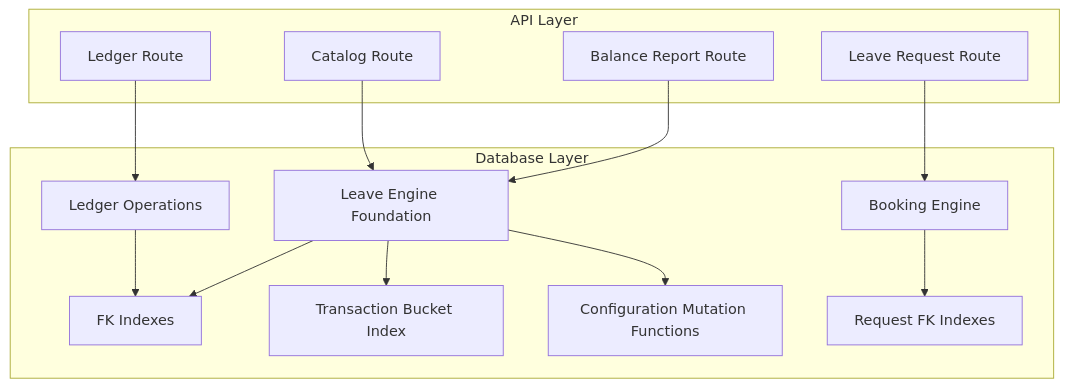
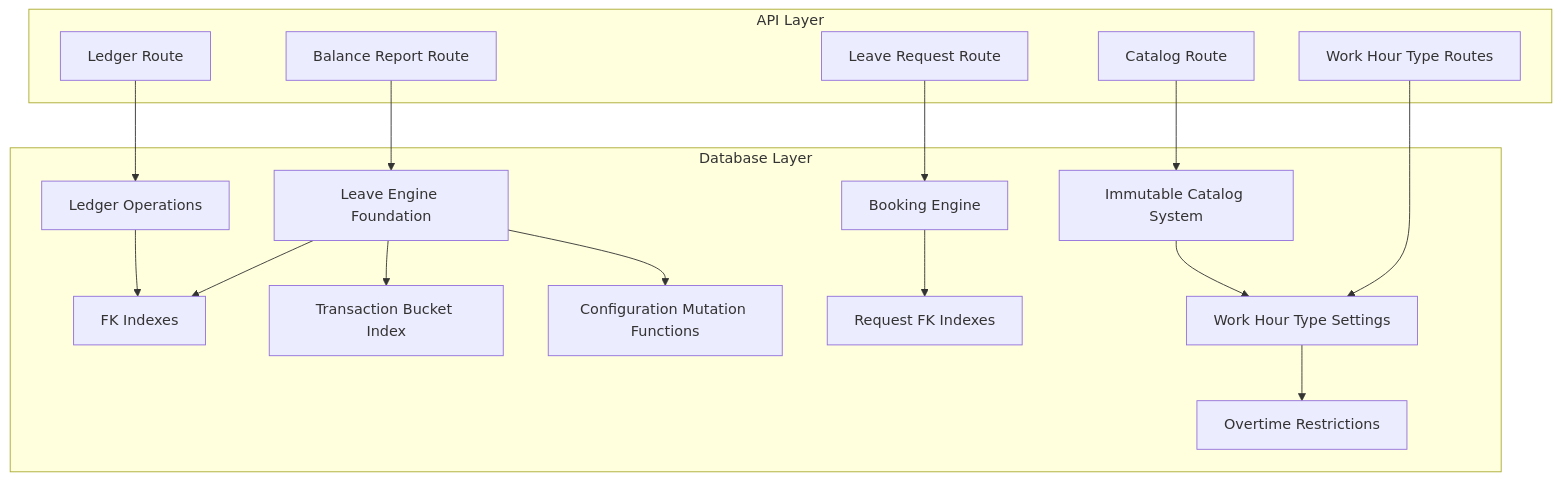
The first of 7 diagrams in .qoder/repowiki/en/content/Database Schema/Advanced Features Tables/Leave Management Tables.md (EdwinCycling/LiquidHR), drawn with Mermaid before and after one commit. The commit also changed other lines of this file and 120 other files, not shown here.

````diff
--- a/.qoder/repowiki/en/content/Database Schema/Advanced Features Tables/Leave Management Tables.md
+++ b/.qoder/repowiki/en/content/Database Schema/Advanced Features Tables/Leave Management Tables.md
@@ -40,27 +51,34 @@
 ```mermaid
 graph TB
 subgraph "API Layer"
 A["Leave Request Route"]
 B["Balance Report Route"]
 C["Catalog Route"]
 D["Ledger Route"]
+E["Work Hour Type Routes"]
 end
 subgraph "Database Layer"
-E["Leave Engine Foundation"]
-F["FK Indexes"]
-G["Transaction Bucket Index"]
-H["Configuration Mutation Functions"]
-I["Booking Engine"]
-J["Request FK Indexes"]
-K["Ledger Operations"]
+F["Leave Engine Foundation"]
+G["FK Indexes"]
+H["Transaction Bucket Index"]
+I["Configuration Mutation Functions"]
+J["Booking Engine"]
+K["Request FK Indexes"]
+L["Ledger Operations"]
+M["Work Hour Type Settings"]
+N["Overtime Restrictions"]
+O["Immutable Catalog System"]
 end
-A --> I
-B --> E
-C --> E
-D --> K
-E --> F
-E --> G
-E --> H
-I --> J
-K --> F
+A --> J
+B --> F
+C --> O
+D --> L
+E --> M
+F --> G
+F --> H
+F --> I
+J --> K
+L --> G
+M --> N
+O --> M
 ```
````
